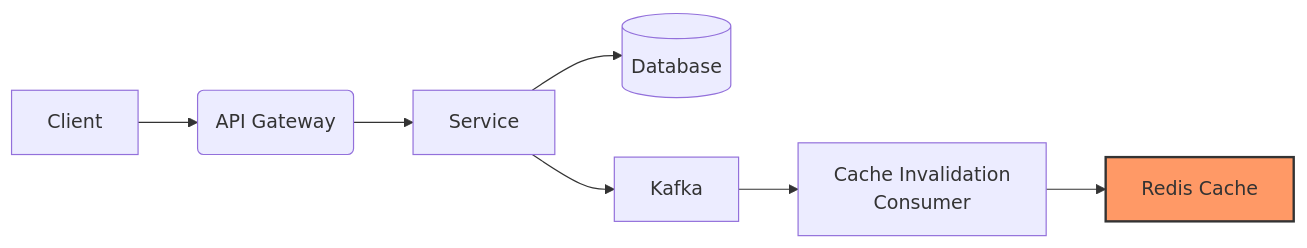
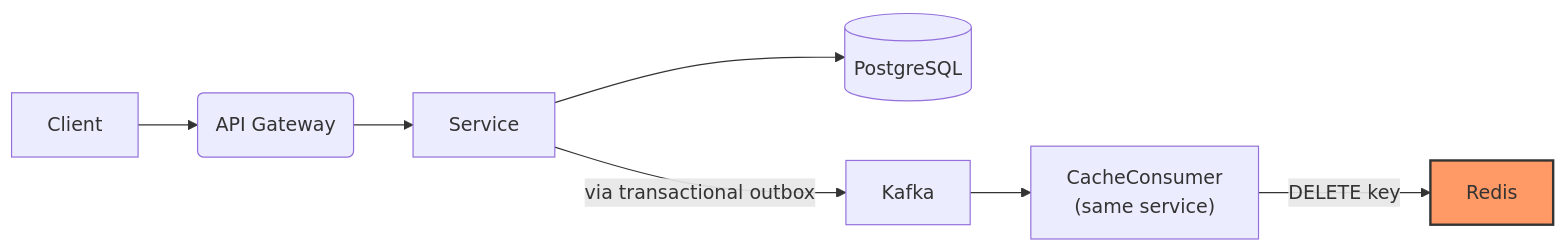
The second of 2 diagrams in docs/architecture/caching.md (Kalaganov-Konstantin/eventflow-commerce), drawn with Mermaid before and after one commit. The commit also changed other lines of this file and 7 other files, not shown here.

Commit message:
docs: refresh the architecture documents

````diff
--- a/docs/architecture/caching.md
+++ b/docs/architecture/caching.md
@@ -21,11 +38,12 @@
 ```mermaid
 flowchart LR
     style Cache fill:#f96,stroke:#333,stroke-width:2px
 
     Client --> GW(API Gateway)
     GW --> S[Service]
-    S --> DB[(Database)]
-    S --> K[Kafka]
-    K --> Consumer[Cache Invalidation<br/>Consumer]
-    Consumer --> Cache[Redis Cache]
+    S --> DB[(PostgreSQL)]
+    S -- "via transactional outbox" --> K[Kafka]
+    K --> CC["CacheConsumer
+(same service)"]
+    CC -- "DELETE key" --> Cache[Redis]
 ```
````
